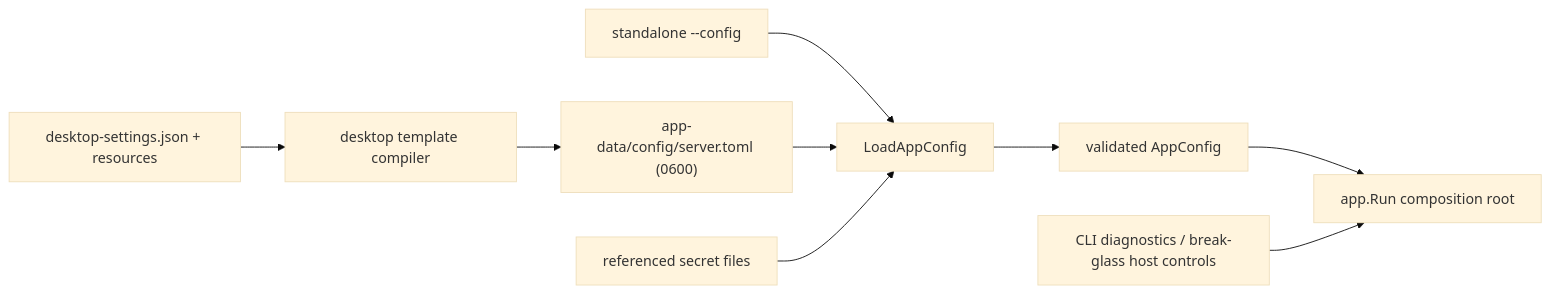
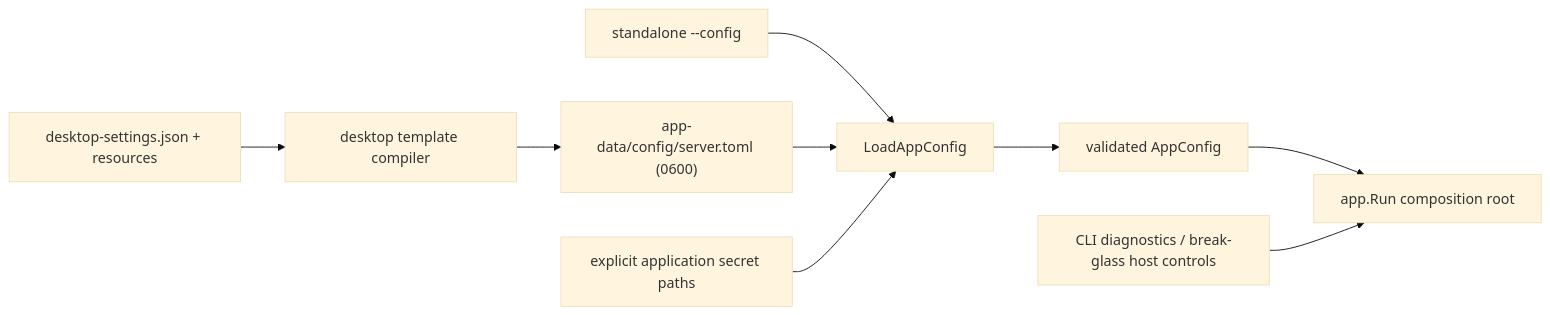
One commit to EdwinZhanCN/Lumilio-Photos changed the diagram in server/config/DEPENDENCIES.md. Above: the diagram before and after it, drawn with Mermaid (base theme). The commit also changed other lines of this file and 163 other files, not shown here.

````diff
--- a/server/config/DEPENDENCIES.md
+++ b/server/config/DEPENDENCIES.md
@@ -51,11 +50,11 @@
 ```mermaid
 flowchart LR
     CLI["standalone --config"] --> Loader["LoadAppConfig"]
     Settings["desktop-settings.json + resources"] --> Compiler["desktop template compiler"]
     Compiler --> Manifest["app-data/config/server.toml (0600)"]
     Manifest --> Loader
-    Secrets["referenced secret files"] --> Loader
+    SecretPaths["explicit application secret paths"] --> Loader
     Loader --> AppConfig["validated AppConfig"]
     AppConfig --> App["app.Run composition root"]
     Controls["CLI diagnostics / break-glass host controls"] --> App
 ```
````
